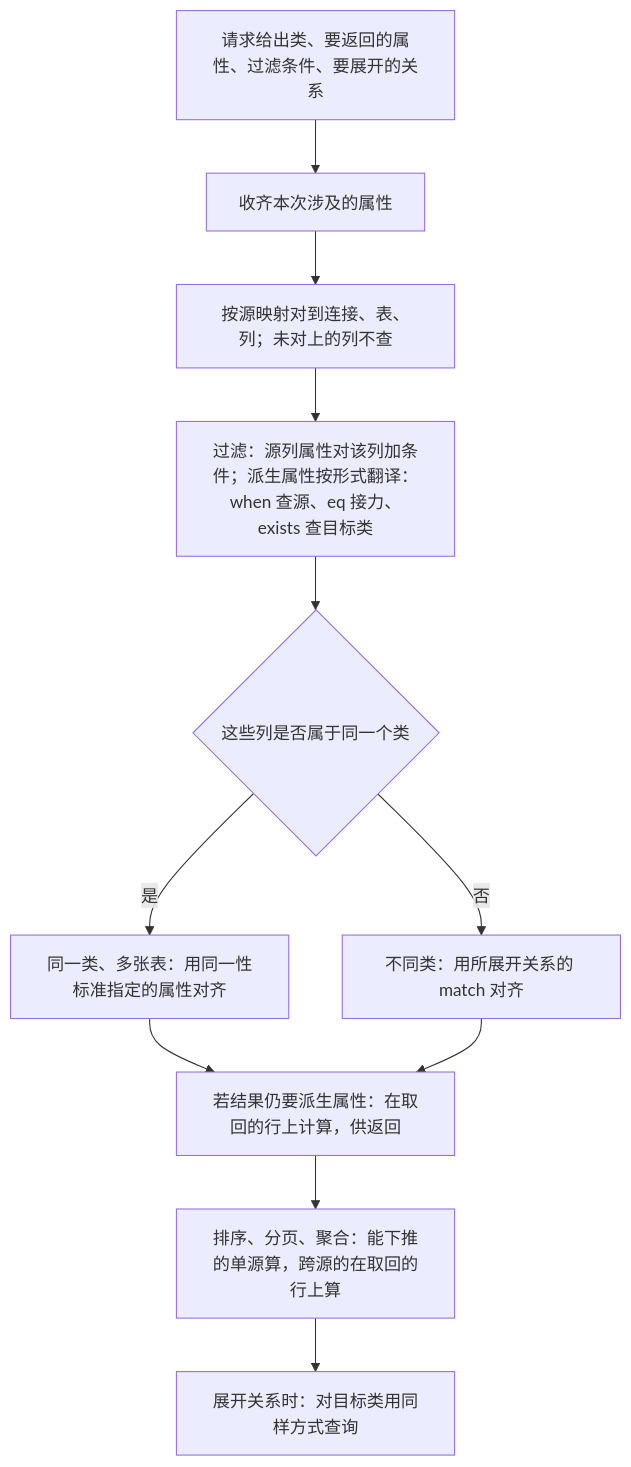
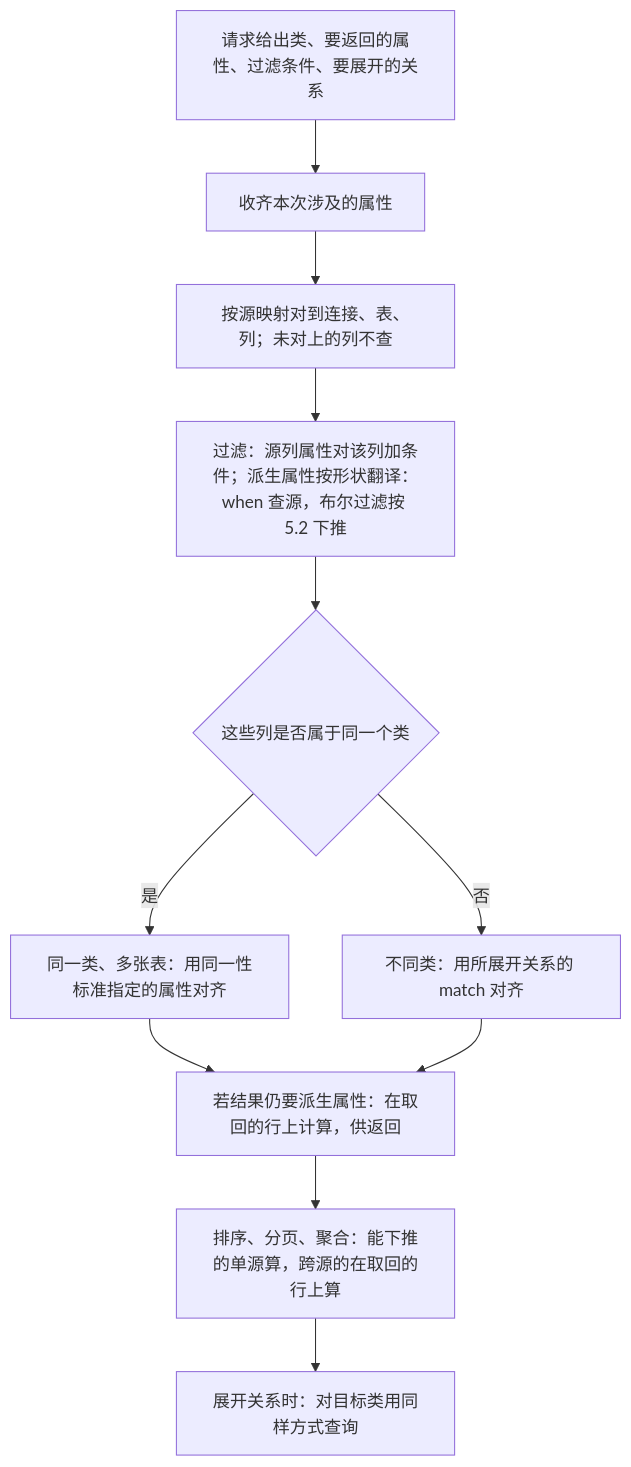
Before and after one commit to majiang213/Ontos: the seventh of 8 diagrams in ontos-article.md, drawn with Mermaid. The commit also changed other lines of this file and 1 other file, not shown here.

````diff
--- a/ontos-article.md
+++ b/ontos-article.md
@@ -650,13 +662,13 @@
 ```mermaid
 flowchart TD
     Q["请求给出类、要返回的属性、过滤条件、要展开的关系"] --> N["收齐本次涉及的属性"]
     N --> M["按源映射对到连接、表、列；未对上的列不查"]
-    M --> W["过滤：源列属性对该列加条件；派生属性按形式翻译：when 查源、eq 接力、exists 查目标类"]
+    M --> W["过滤：源列属性对该列加条件；派生属性按形状翻译：when 查源，布尔过滤按 5.2 下推"]
     W --> C{"这些列是否属于同一个类"}
     C -->|是| J1["同一类、多张表：用同一性标准指定的属性对齐"]
     C -->|否| J2["不同类：用所展开关系的 match 对齐"]
     J1 --> D["若结果仍要派生属性：在取回的行上计算，供返回"]
     J2 --> D
     D --> O["排序、分页、聚合：能下推的单源算，跨源的在取回的行上算"]
     O --> R["展开关系时：对目标类用同样方式查询"]
 ```
````
